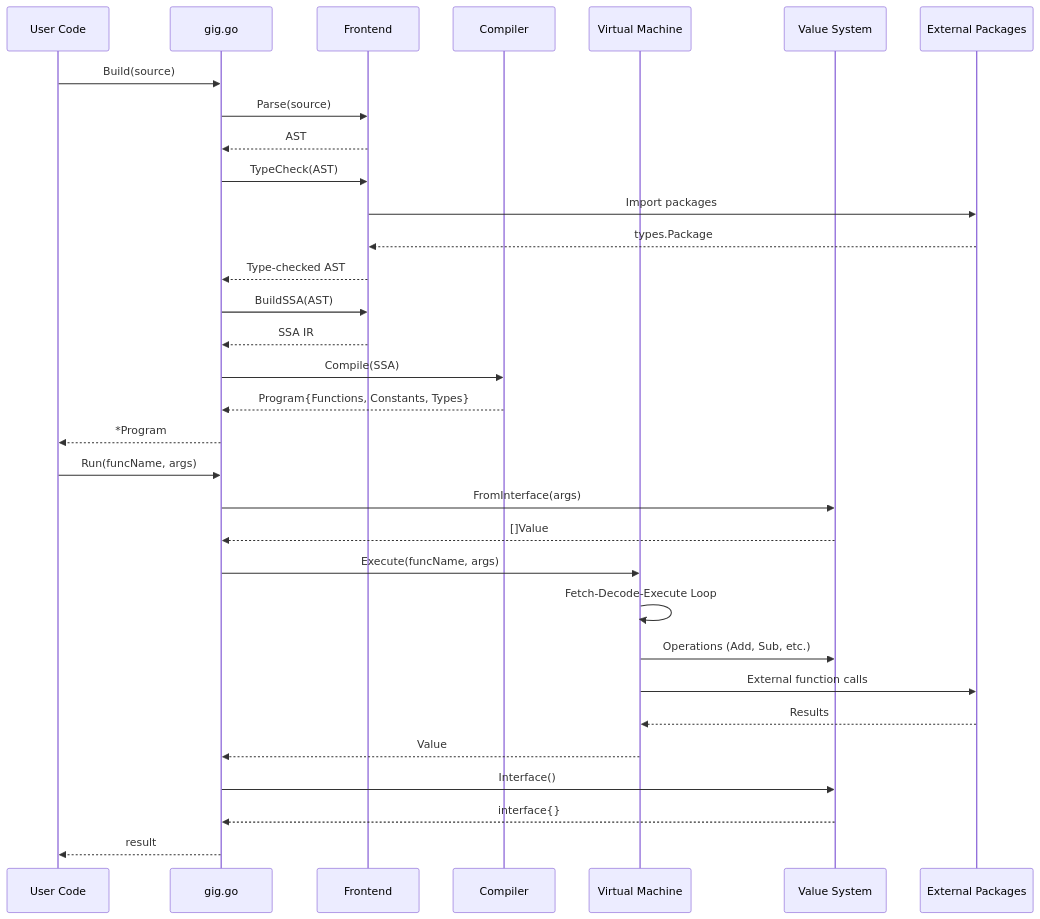
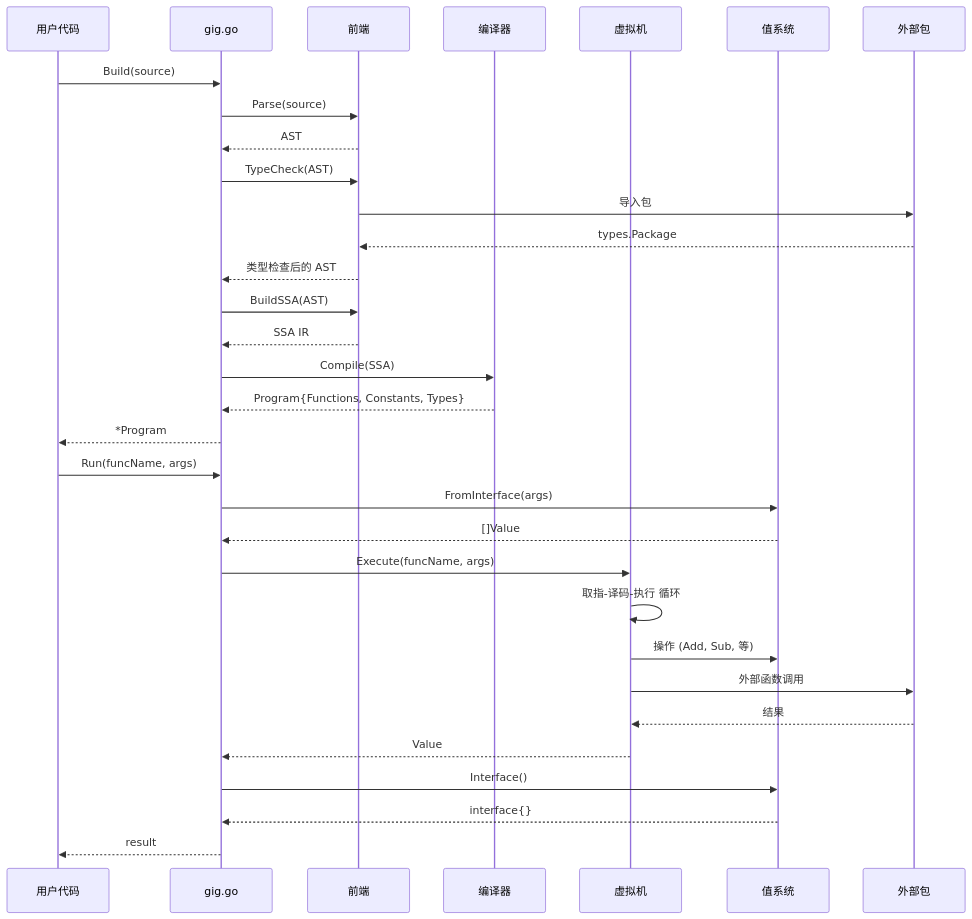
The third of 7 diagrams in README.md (t04dJ14n9/gig), drawn with Mermaid before and after one commit. The commit also changed other lines of this file and 130 other files, not shown here.

````diff
--- a/README.md
+++ b/README.md
@@ -470,36 +470,36 @@
 ```mermaid
 sequenceDiagram
-    participant User as User Code
+    participant User as 用户代码
     participant Gig as gig.go
-    participant Frontend as Frontend
-    participant Comp as Compiler
-    participant VM as Virtual Machine
-    participant Value as Value System
-    participant Ext as External Packages
+    participant Frontend as 前端
+    participant Comp as 编译器
+    participant VM as 虚拟机
+    participant Value as 值系统
+    participant Ext as 外部包
     
     User->>Gig: Build(source)
     Gig->>Frontend: Parse(source)
     Frontend-->>Gig: AST
     Gig->>Frontend: TypeCheck(AST)
-    Frontend->>Ext: Import packages
+    Frontend->>Ext: 导入包
     Ext-->>Frontend: types.Package
-    Frontend-->>Gig: Type-checked AST
+    Frontend-->>Gig: 类型检查后的 AST
     Gig->>Frontend: BuildSSA(AST)
     Frontend-->>Gig: SSA IR
     Gig->>Comp: Compile(SSA)
     Comp-->>Gig: Program{Functions, Constants, Types}
     Gig-->>User: *Program
     
     User->>Gig: Run(funcName, args)
     Gig->>Value: FromInterface(args)
     Value-->>Gig: []Value
     Gig->>VM: Execute(funcName, args)
-    VM->>VM: Fetch-Decode-Execute Loop
-    VM->>Value: Operations (Add, Sub, etc.)
-    VM->>Ext: External function calls
-    Ext-->>VM: Results
+    VM->>VM: 取指-译码-执行 循环
+    VM->>Value: 操作 (Add, Sub, 等)
+    VM->>Ext: 外部函数调用
+    Ext-->>VM: 结果
     VM-->>Gig: Value
     Gig->>Value: Interface()
     Value-->>Gig: interface{}
     Gig-->>User: result
 ```
````
